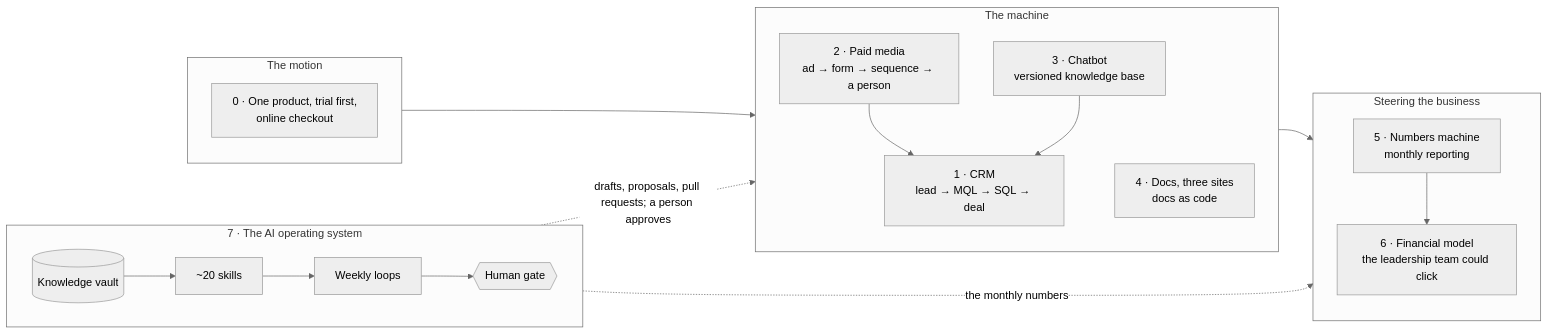
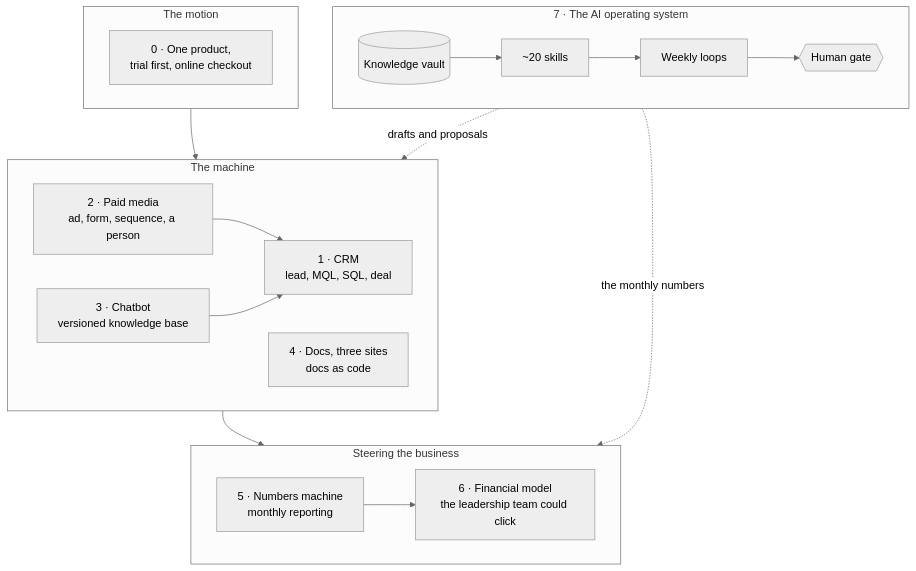
Before and after one commit to nunomnferreirapt/ai-operated-growth-engine: the diagram in README.md, drawn with Mermaid (neutral theme). The commit also changed 1 other file, not shown here.

Commit message:
Diagrams: wrapping labels instead of br tags (GitHub clipped them); front page diagram top to bottom
Claude-Session: https://claude.ai/code/session_013vAMTruojjzTuNGSxvVixS

````diff
--- a/README.md
+++ b/README.md
@@ -11,21 +11,31 @@
 ```mermaid
-flowchart LR
+flowchart TB
+    subgraph OS["7 · The AI operating system"]
+        direction LR
+        V[("Knowledge vault")] --> SK["~20 skills"] --> L["Weekly loops"] --> G{{"Human gate"}}
+    end
     subgraph MO["The motion"]
-        C0["0 · One product, trial first,<br/>online checkout"]
+        direction LR
+        C0["`0 · One product,
+trial first, online checkout`"]
     end
     subgraph MA["The machine"]
-        C2["2 · Paid media<br/>ad → form → sequence → a person"] --> C1["1 · CRM<br/>lead → MQL → SQL → deal"]
-        C3["3 · Chatbot<br/>versioned knowledge base"] --> C1
-        C4["4 · Docs, three sites<br/>docs as code"]
+        direction LR
+        C2["`2 · Paid media
+ad, form, sequence, a person`"] --> C1["`1 · CRM
+lead, MQL, SQL, deal`"]
+        C3["`3 · Chatbot
+versioned knowledge base`"] --> C1
+        C4["`4 · Docs, three sites
+docs as code`"]
     end
     subgraph ST["Steering the business"]
-        C5["5 · Numbers machine<br/>monthly reporting"] --> C6["6 · Financial model<br/>the leadership team could click"]
+        direction LR
+        C5["`5 · Numbers machine
+monthly reporting`"] --> C6["`6 · Financial model
+the leadership team could click`"]
     end
     MO --> MA --> ST
-    subgraph OS["7 · The AI operating system"]
-        direction LR
-        V[(Knowledge vault)] --> SK[~20 skills] --> L[Weekly loops] --> G{{Human gate}}
-    end
-    OS -. drafts, proposals, pull requests; a person approves .-> MA
+    OS -. drafts and proposals .-> MA
     OS -. the monthly numbers .-> ST
 ```
````
